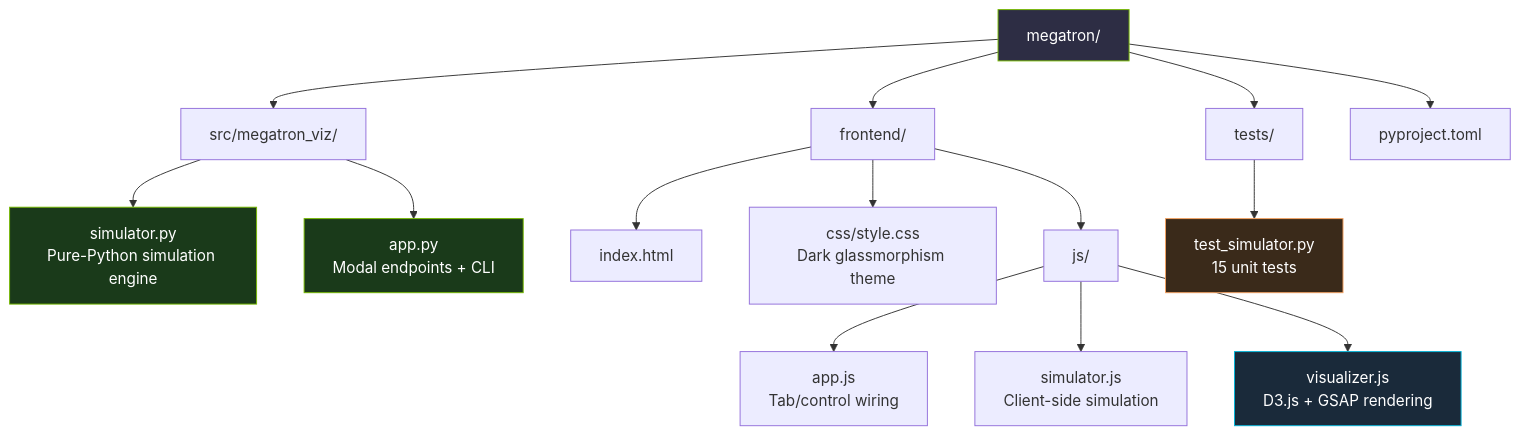
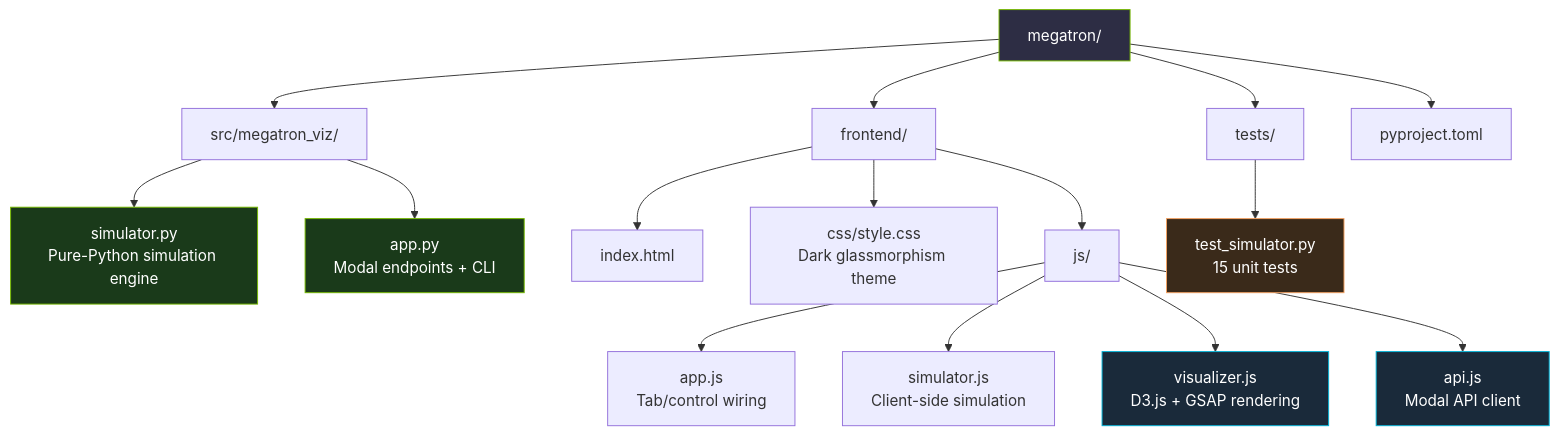
The seventh of 7 diagrams in README.md (nsudhanva/megatron), drawn with Mermaid before and after one commit. The commit also changed other lines of this file and 3 other files, not shown here.

````diff
--- a/README.md
+++ b/README.md
@@ -224,26 +234,28 @@
 ```mermaid
 graph TD
     Root["megatron/"] --> Src["src/megatron_viz/"]
     Root --> FE["frontend/"]
     Root --> Tests["tests/"]
     Root --> Config["pyproject.toml"]
 
     Src --> Sim["simulator.py<br/>Pure-Python simulation engine"]
     Src --> App["app.py<br/>Modal endpoints + CLI"]
 
     FE --> HTML["index.html"]
     FE --> CSS["css/style.css<br/>Dark glassmorphism theme"]
     FE --> JS["js/"]
 
     JS --> AppJS["app.js<br/>Tab/control wiring"]
     JS --> SimJS["simulator.js<br/>Client-side simulation"]
     JS --> VizJS["visualizer.js<br/>D3.js + GSAP rendering"]
+    JS --> ApiJS["api.js<br/>Modal API client"]
 
     Tests --> TestSim["test_simulator.py<br/>15 unit tests"]
 
     style Root fill:#2d2d44,stroke:#76b900,color:#fff
     style Sim fill:#1a3a1a,stroke:#76b900,color:#fff
     style App fill:#1a3a1a,stroke:#76b900,color:#fff
     style VizJS fill:#1a2a3a,stroke:#00b4d8,color:#fff
+    style ApiJS fill:#1a2a3a,stroke:#00b4d8,color:#fff
     style TestSim fill:#3a2a1a,stroke:#f4a261,color:#fff
 ```
````
